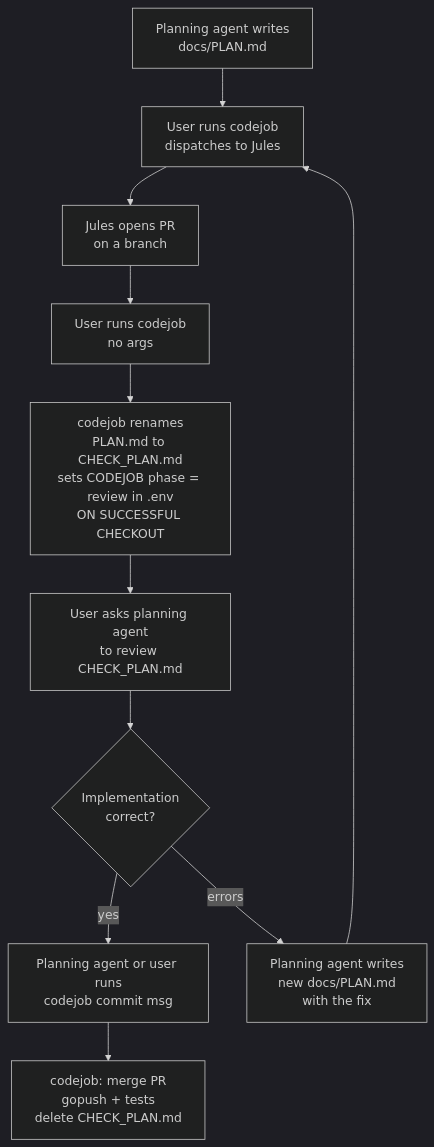
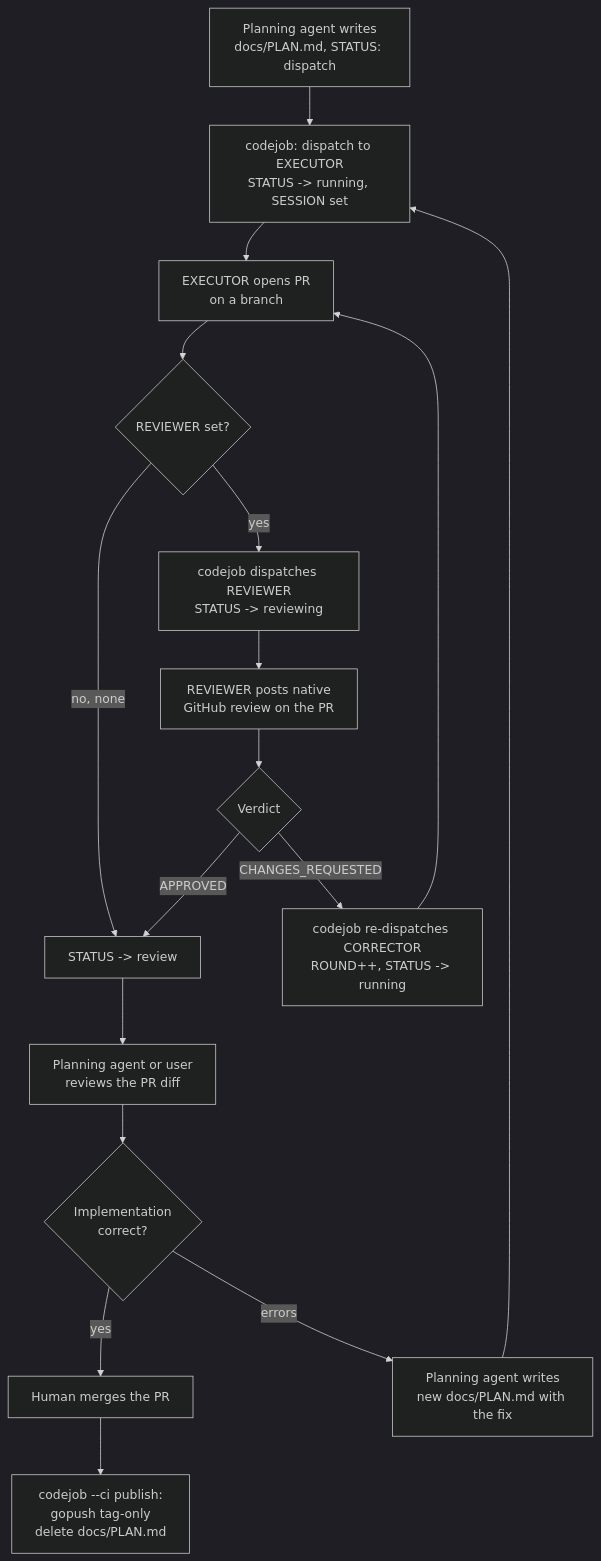
The diagram in skills/agents-workflow/SKILL.md (tinywasm/devflow), drawn with Mermaid (dark theme) before and after one commit. The commit also changed other lines of this file and 2 other files, not shown here.

Commit message:
refactor: update PLAN.md management and remove CHECK_PLAN.md references

````diff
--- a/skills/agents-workflow/SKILL.md
+++ b/skills/agents-workflow/SKILL.md
@@ -107,13 +120,19 @@
 ```mermaid
 flowchart TD
-    A[Planning agent writes<br/>docs/PLAN.md] --> B[User runs codejob<br/>dispatches to Jules]
-    B --> C[Jules opens PR<br/>on a branch]
-    C --> D[User runs codejob<br/>no args]
-    D --> E[codejob renames<br/>PLAN.md to CHECK_PLAN.md<br/>sets CODEJOB phase = review in .env<br/>ON SUCCESSFUL CHECKOUT]
-    E --> F[User asks planning agent<br/>to review CHECK_PLAN.md]
-    F --> G{Implementation<br/>correct?}
-    G -->|yes| H[Planning agent or user runs<br/>codejob commit msg]
-    G -->|errors| I[Planning agent writes<br/>new docs/PLAN.md<br/>with the fix]
-    I --> B
-    H --> J[codejob: merge PR<br/>gopush + tests<br/>delete CHECK_PLAN.md]
+    A[Planning agent writes<br/>docs/PLAN.md, STATUS: dispatch] --> B[codejob: dispatch to EXECUTOR<br/>STATUS -> running, SESSION set]
+    B --> C[EXECUTOR opens PR<br/>on a branch]
+    C --> D{REVIEWER set?}
+    D -->|yes| E[codejob dispatches REVIEWER<br/>STATUS -> reviewing]
+    D -->|no, none| F[STATUS -> review]
+    E --> G[REVIEWER posts native<br/>GitHub review on the PR]
+    G --> H{Verdict}
+    H -->|CHANGES_REQUESTED| I[codejob re-dispatches CORRECTOR<br/>ROUND++, STATUS -> running]
+    H -->|APPROVED| F
+    I --> C
+    F --> J[Planning agent or user<br/>reviews the PR diff]
+    J --> K{Implementation<br/>correct?}
+    K -->|yes| L[Human merges the PR]
+    K -->|errors| M[Planning agent writes<br/>new docs/PLAN.md with the fix]
+    M --> B
+    L --> N[codejob --ci publish:<br/>gopush tag-only<br/>delete docs/PLAN.md]
 ```
````
